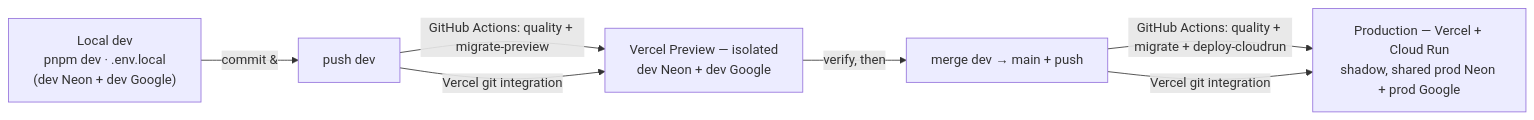
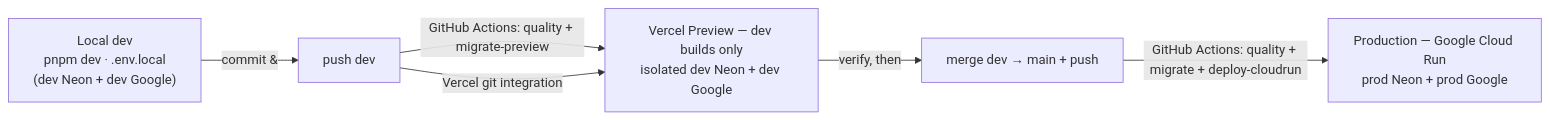
The first of 2 diagrams in README.md (oncloudnintynineone-source/cloudy2), drawn with Mermaid before and after one commit. The commit also changed other lines of this file and 12 other files, not shown here.

Commit message:
Update docs on production and dev env

````diff
--- a/README.md
+++ b/README.md
@@ -92,14 +89,13 @@
 ```mermaid
 flowchart LR
     LOCAL["Local dev<br/>pnpm dev · .env.local<br/>(dev Neon + dev Google)"]
     PUSH1["push dev"]
-    PREV["Vercel Preview — isolated<br/>dev Neon + dev Google"]
+    PREV["Vercel Preview — dev builds only<br/>isolated dev Neon + dev Google"]
     MAIN["merge dev → main + push"]
-    PROD["Production — Vercel + Cloud Run<br/>shadow, shared prod Neon + prod Google"]
+    PROD["Production — Google Cloud Run<br/>prod Neon + prod Google"]
     LOCAL -->|"commit &"| PUSH1
     PUSH1 -->|"GitHub Actions: quality + migrate-preview"| PREV
     PUSH1 -->|"Vercel git integration"| PREV
     PREV -->|"verify, then"| MAIN
     MAIN -->|"GitHub Actions: quality + migrate + deploy-cloudrun"| PROD
-    MAIN -->|"Vercel git integration"| PROD
 ```
````
